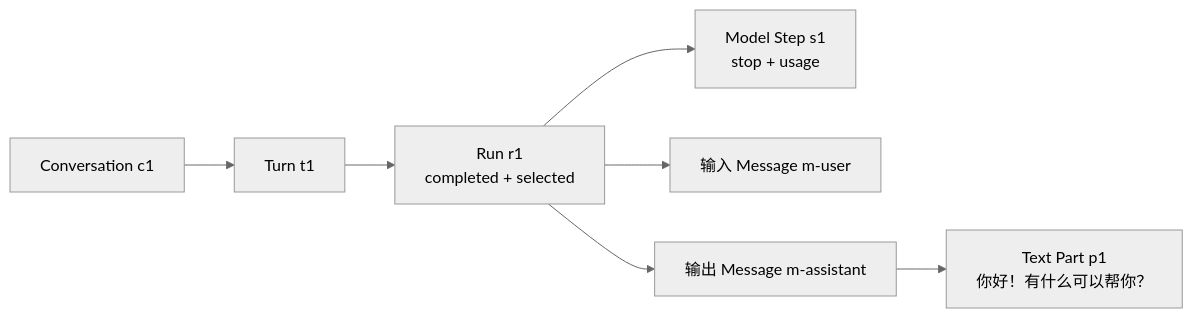
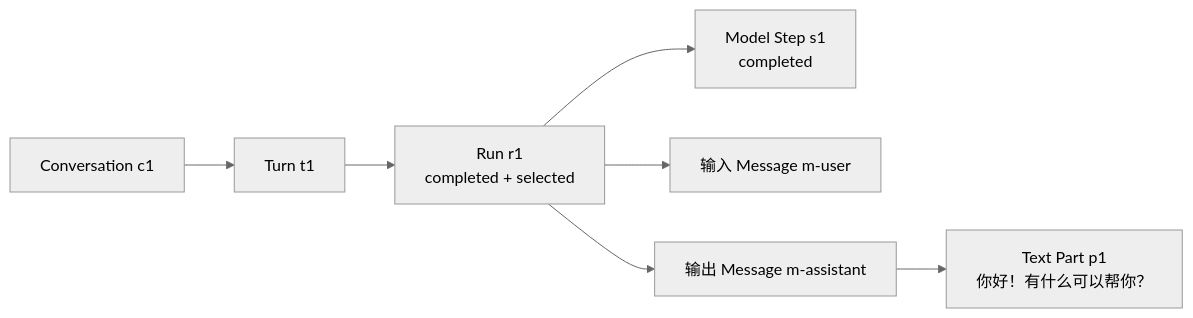
The second of 2 diagrams in docs-next/src/examples/completed-text-run.md (gene9831/tiny-robot), drawn with Mermaid (neutral theme) before and after one commit. The commit also changed other lines of this file and 39 other files, not shown here.

````diff
--- a/docs-next/src/examples/completed-text-run.md
+++ b/docs-next/src/examples/completed-text-run.md
@@ -37,9 +34,9 @@
 ```mermaid
 flowchart LR
   C["Conversation c1"] --> T["Turn t1"]
   T --> R["Run r1<br/>completed + selected"]
-  R --> S["Model Step s1<br/>stop + usage"]
+  R --> S["Model Step s1<br/>completed"]
   R --> U["输入 Message m-user"]
   R --> A["输出 Message m-assistant"]
   A --> P["Text Part p1<br/>你好！有什么可以帮你？"]
 ```
````
